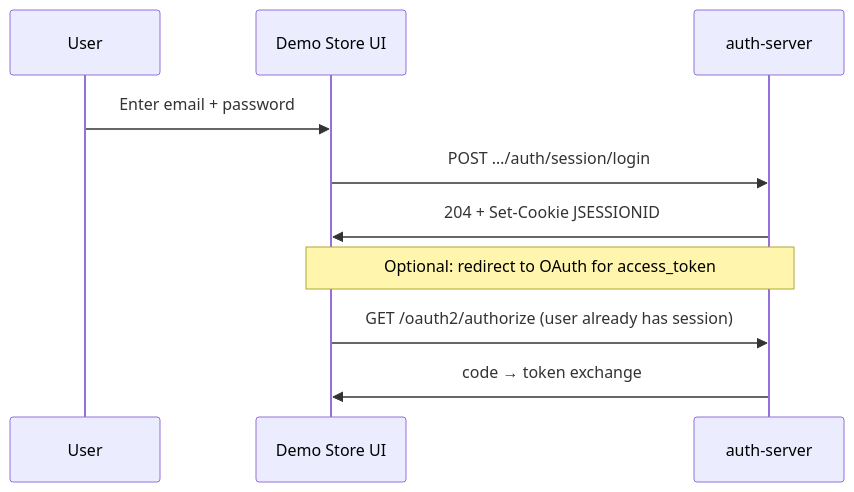
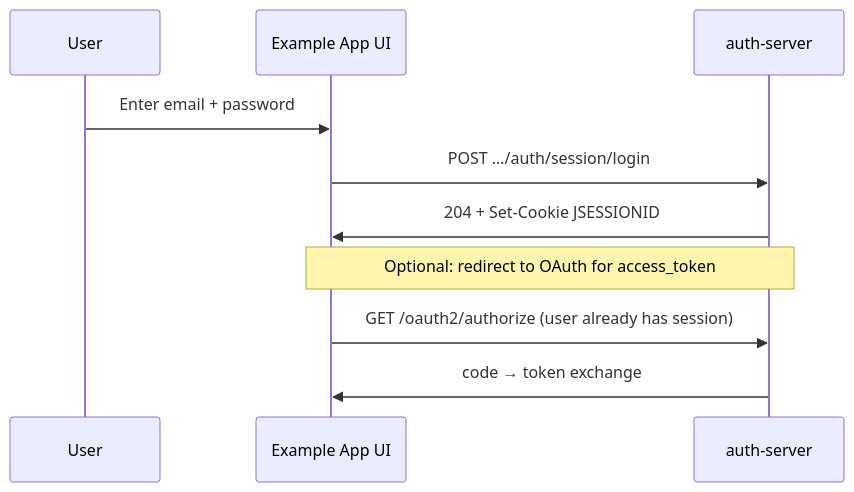
The second of 2 diagrams in docs/23-application-integration-guide.md (DTAVS0108/secureon), drawn with Mermaid before and after one commit. The commit also changed other lines of this file and 321 other files, not shown here.

````diff
--- a/docs/23-application-integration-guide.md
+++ b/docs/23-application-integration-guide.md
@@ -255,12 +253,12 @@
 ```mermaid
 sequenceDiagram
   participant User
-  participant Store as Demo Store UI
+  participant Store as Example App UI
   participant SecureOne as auth-server
   User->>Store: Enter email + password
   Store->>SecureOne: POST …/auth/session/login
   SecureOne->>Store: 204 + Set-Cookie JSESSIONID
   Note over Store,SecureOne: Optional: redirect to OAuth for access_token
   Store->>SecureOne: GET /oauth2/authorize (user already has session)
   SecureOne->>Store: code → token exchange
 ```
````
